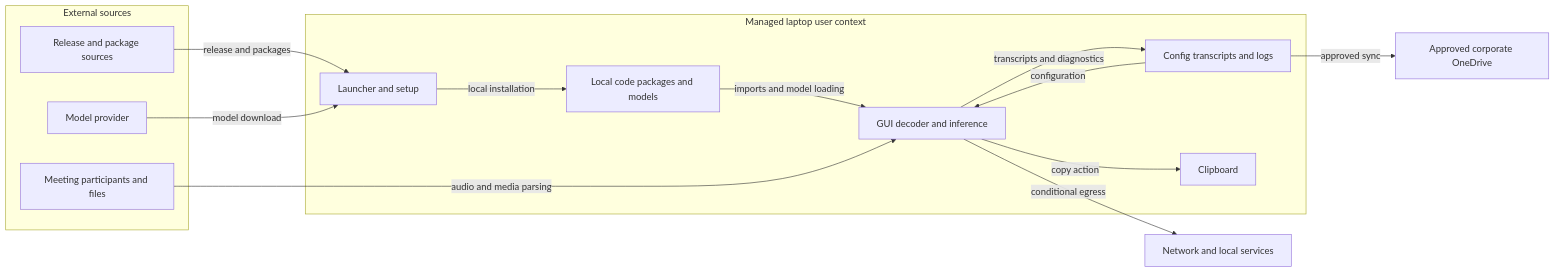
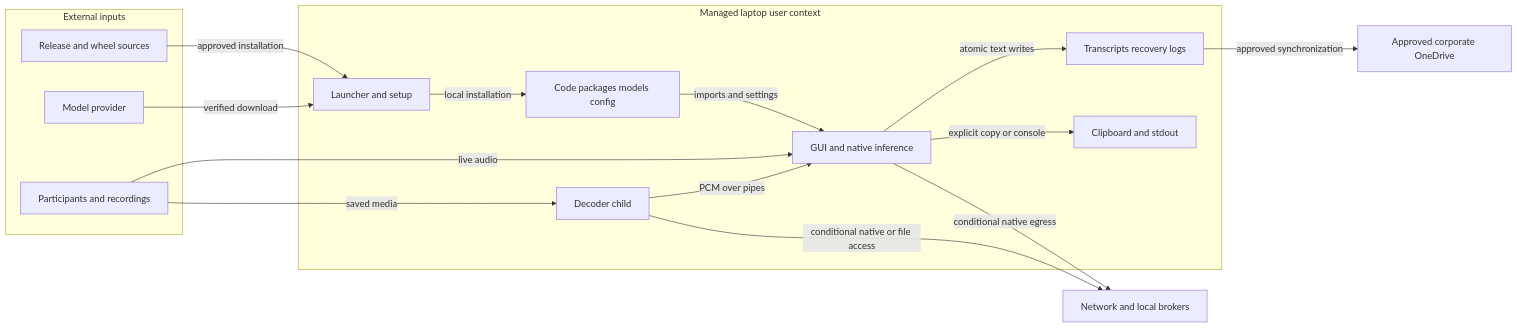
Before and after one commit to DysthymiaDemon/local-whisper-transcriber: the diagram in docs/threat-model.md, drawn with Mermaid. The commit also changed other lines of this file and 2 other files, not shown here.

First line of the commit message:
Replace threat model with the current review and reconcile docs

````diff
--- a/docs/threat-model.md
+++ b/docs/threat-model.md
@@ -61,27 +74,30 @@
 ```mermaid
 flowchart LR
-    subgraph external["External sources"]
-        D["Release and package sources"]
-        M["Model provider"]
-        A["Meeting participants and files"]
+    subgraph external["External inputs"]
+        Release["Release and wheel sources"]
+        Models["Model provider"]
+        Audio["Participants and recordings"]
     end
     subgraph laptop["Managed laptop user context"]
-        S["Launcher and setup"]
-        P["Local code packages and models"]
-        R["GUI decoder and inference"]
-        F["Config transcripts and logs"]
-        C["Clipboard"]
+        Setup["Launcher and setup"]
+        Local["Code packages models config"]
+        Decode["Decoder child"]
+        Gui["GUI and native inference"]
+        Files["Transcripts recovery logs"]
+        Clip["Clipboard and stdout"]
     end
-    N["Network and local services"]
-    O["Approved corporate OneDrive"]
-    D -->|release and packages| S
-    M -->|model download| S
-    S -->|local installation| P
-    P -->|imports and model loading| R
-    A -->|audio and media parsing| R
-    F -->|configuration| R
-    R -->|transcripts and diagnostics| F
-    R -->|copy action| C
-    R -->|conditional egress| N
-    F -->|approved sync| O
+    Network["Network and local brokers"]
+    Sync["Approved corporate OneDrive"]
+    Release -->|approved installation| Setup
+    Models -->|verified download| Setup
+    Setup -->|local installation| Local
+    Local -->|imports and settings| Gui
+    Audio -->|saved media| Decode
+    Audio -->|live audio| Gui
+    Decode -->|PCM over pipes| Gui
+    Gui -->|atomic text writes| Files
+    Gui -->|explicit copy or console| Clip
+    Files -->|approved synchronization| Sync
+    Gui -->|conditional native egress| Network
+    Decode -->|conditional native or file access| Network
 ```
````
